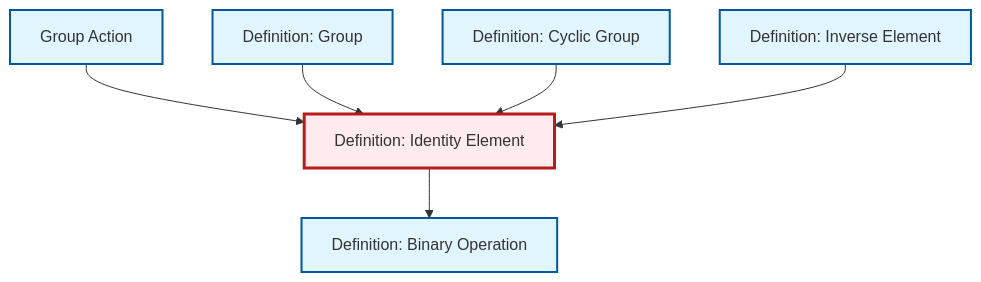
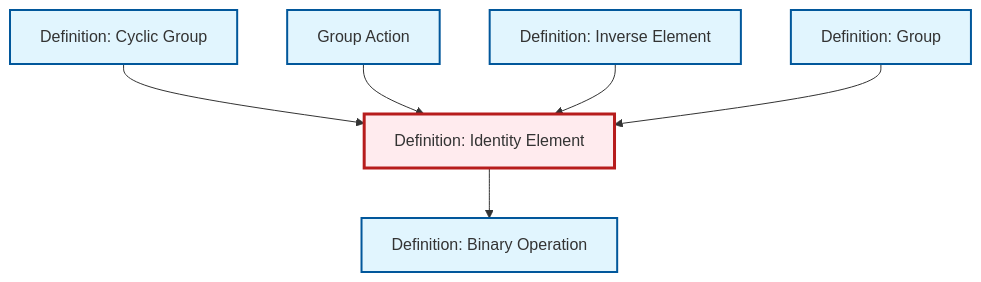
The diagram in content/ja/algebra/def-identity-element.qmd (RK0429/ModernMath), drawn with Mermaid before and after one commit. The commit also changed other lines of this file and 554 other files, not shown here.

````diff
--- a/content/ja/algebra/def-identity-element.qmd
+++ b/content/ja/algebra/def-identity-element.qmd
@@ -81,26 +81,26 @@
 ```{mermaid}
 %%| fig-cap: "Local dependency graph"
 graph TD
     classDef definition fill:#e1f5fe,stroke:#01579b,stroke-width:2px
     classDef theorem fill:#f3e5f5,stroke:#4a148c,stroke-width:2px
     classDef axiom fill:#fff3e0,stroke:#e65100,stroke-width:2px
     classDef example fill:#e8f5e9,stroke:#1b5e20,stroke-width:2px
     classDef current fill:#ffebee,stroke:#b71c1c,stroke-width:3px
+    def-group-action["Group Action"]:::definition
     def-cyclic-group["Definition: Cyclic Group"]:::definition
+    def-group["Definition: Group"]:::definition
+    def-binary-operation["Definition: Binary Operation"]:::definition
+    def-identity-element["Definition: Identity Element"]:::definition
     def-inverse-element["Definition: Inverse Element"]:::definition
-    def-group["Definition: Group"]:::definition
-    def-identity-element["Definition: Identity Element"]:::definition
-    def-binary-operation["Definition: Binary Operation"]:::definition
-    def-group-action["Group Action"]:::definition
     def-identity-element --> def-binary-operation
+    def-cyclic-group --> def-identity-element
     def-group-action --> def-identity-element
+    def-inverse-element --> def-identity-element
     def-group --> def-identity-element
-    def-cyclic-group --> def-identity-element
-    def-inverse-element --> def-identity-element
     class def-identity-element current
+    click def-group-action "def-group-action.html" "Group Actionへ"
     click def-cyclic-group "def-cyclic-group.html" "Definition: Cyclic Groupへ"
-    click def-inverse-element "def-inverse-element.html" "Definition: Inverse Elementへ"
     click def-group "def-group.html" "Definition: Groupへ"
     click def-binary-operation "def-binary-operation.html" "Definition: Binary Operationへ"
-    click def-group-action "def-group-action.html" "Group Actionへ"
+    click def-inverse-element "def-inverse-element.html" "Definition: Inverse Elementへ"
 ```
````
